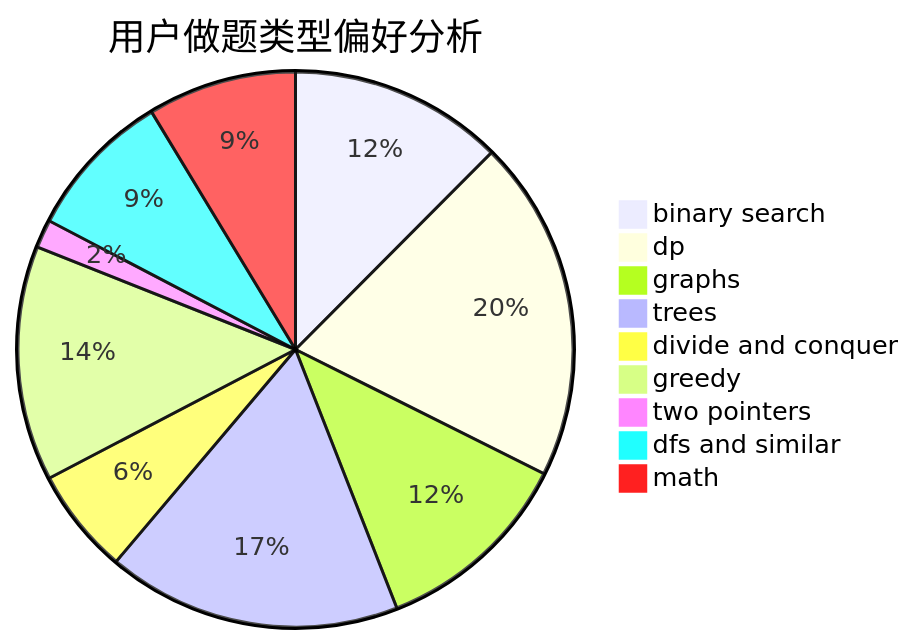
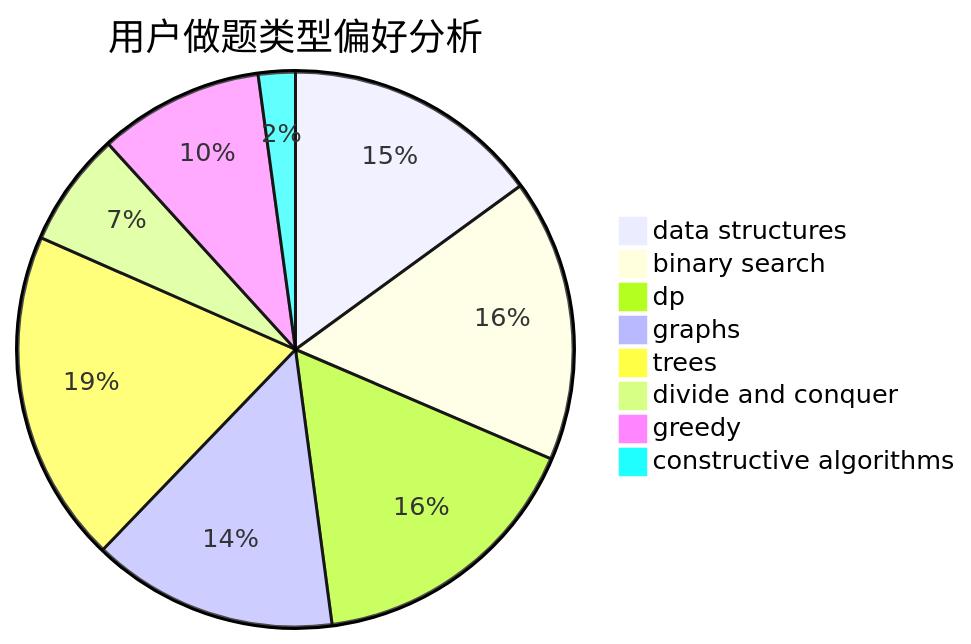
Before and after one commit to sherpahu/cfrs.github.io: the second of 3 diagrams in docs/user/u147.md, drawn with Mermaid. The commit also changed other lines of this file and 2775 other files, not shown here.

````diff
--- a/docs/user/u147.md
+++ b/docs/user/u147.md
@@ -23,12 +23,11 @@
 ```mermaid
 pie title 用户做题类型偏好分析
-    "binary search" :  174
-    "dp" :  278
-    "graphs" :  163
-    "trees" :  239
-    "divide and conquer" :  86
-    "greedy" :  191
-    "two pointers" :  23
-    "dfs and similar" :  121
-    "math" :  121
+    "data structures" :  153
+    "binary search" :  168
+    "dp" :  168
+    "graphs" :  146
+    "trees" :  198
+    "divide and conquer" :  68
+    "greedy" :  98
+    "constructive algorithms" :  22
 ```
````
